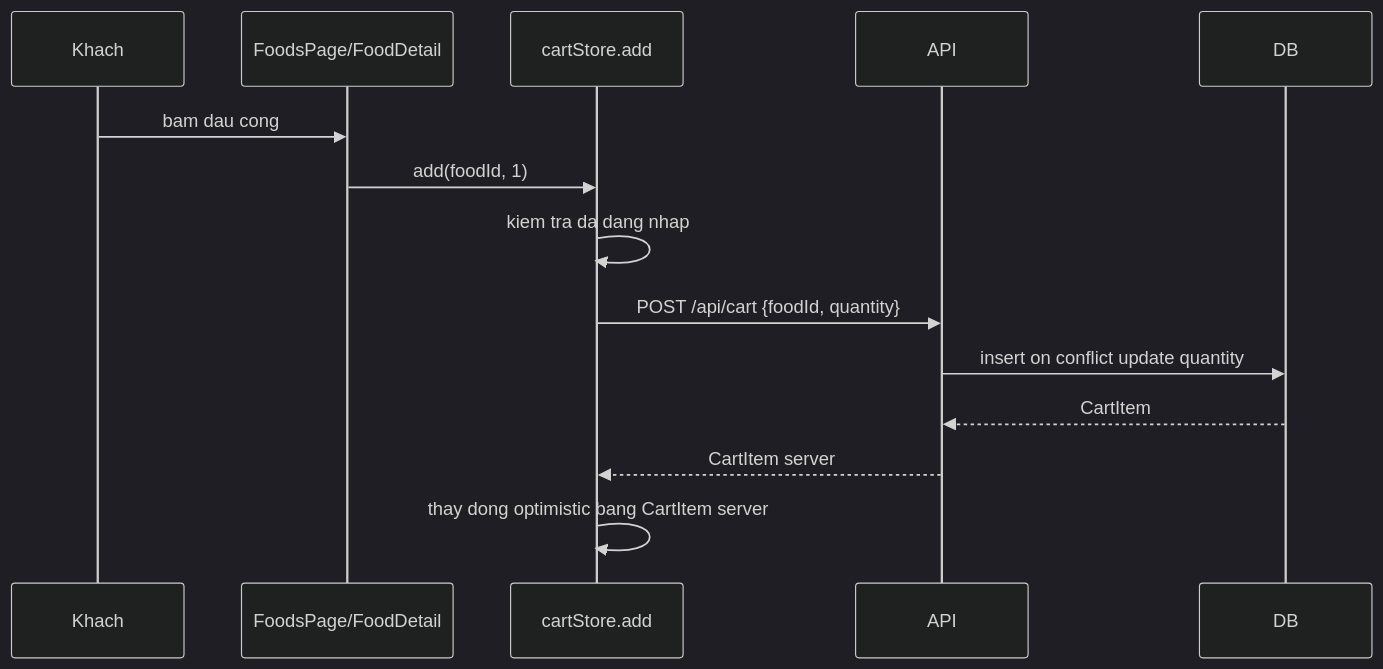
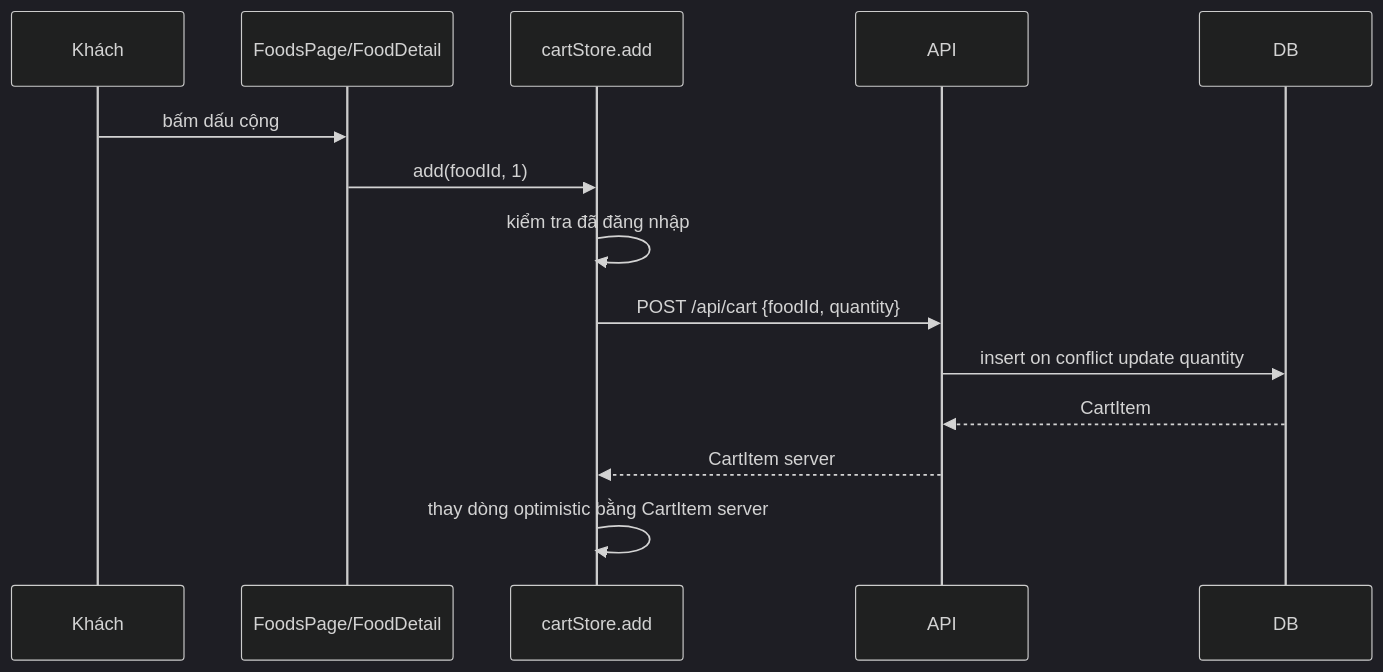
One commit to nghiaxh/food-ordering changed the second of 2 diagrams in wiki/Luong-khach-hang.md. Above: the diagram before and after it, drawn with Mermaid (dark theme). The commit also changed other lines of this file and 1 other file, not shown here.

Commit message:
docs: restore Vietnamese diacritics in wiki flow pages (#154)

````diff
--- a/wiki/Luong-khach-hang.md
+++ b/wiki/Luong-khach-hang.md
@@ -95,16 +95,16 @@
 ```mermaid
 sequenceDiagram
-  participant U as Khach
+  participant U as Khách
   participant C as FoodsPage/FoodDetail
   participant S as cartStore.add
   participant A as API
   participant D as DB
-  U->>C: bam dau cong
+  U->>C: bấm dấu cộng
   C->>S: add(foodId, 1)
-  S->>S: kiem tra da dang nhap
+  S->>S: kiểm tra đã đăng nhập
   S->>A: POST /api/cart {foodId, quantity}
   A->>D: insert on conflict update quantity
   D-->>A: CartItem
   A-->>S: CartItem server
-  S->>S: thay dong optimistic bang CartItem server
+  S->>S: thay dòng optimistic bằng CartItem server
 ```
````
